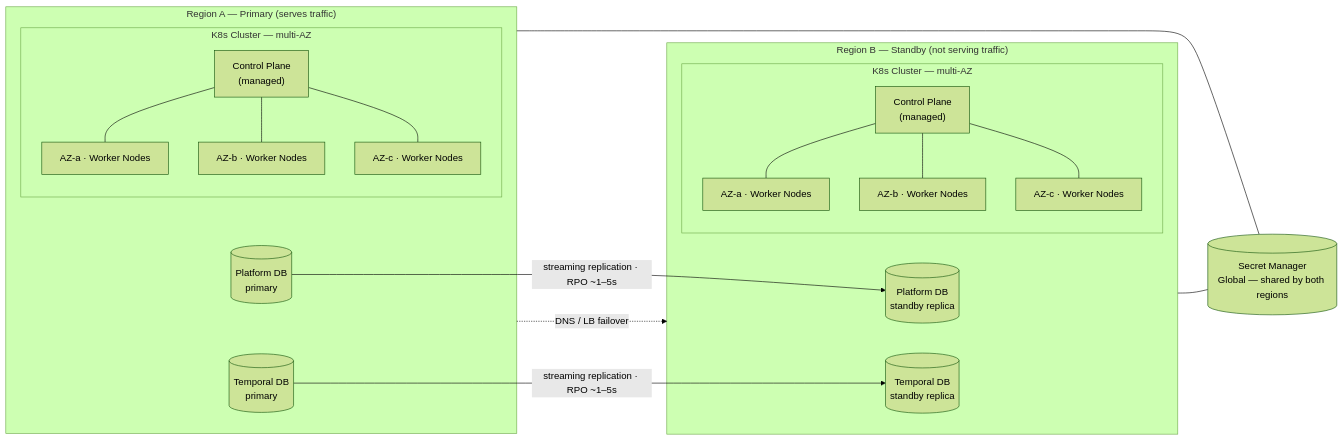
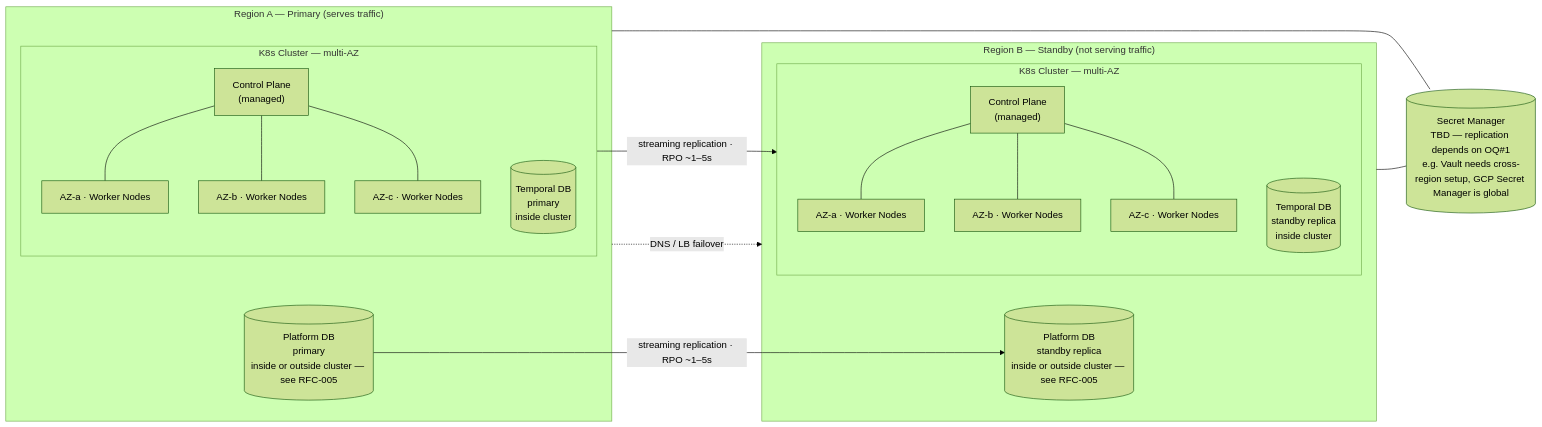
One commit to aripermana-putra/ucp-docs-collection changed the second of 8 diagrams in docs/projects/universal-control-plane-ucp/production-design/diagrams.md. Above: the diagram before and after it, drawn with Mermaid (forest theme).

Commit message:
docs(ucp): fix DB placement and Secret Manager assumptions in topology diagrams
- Temporal DB moved inside cluster boundary (always co-located with Temporal Server)
- Platform DB noted as inside or outside cluster depending on RFC-005 decision
- Secret Manager note updated to reflect replication depends on OQ#1 selection
  (Vault needs cross-region setup; GCP Secret Manager is global)

````diff
--- a/docs/projects/universal-control-plane-ucp/production-design/diagrams.md
+++ b/docs/projects/universal-control-plane-ucp/production-design/diagrams.md
@@ -70,40 +70,40 @@
 ```mermaid
 graph LR
     subgraph region_a["Region A — Primary (serves traffic)"]
         subgraph cluster_a["K8s Cluster — multi-AZ"]
             direction TB
             cp_a["Control Plane\n(managed)"]
             az_a1["AZ-a · Worker Nodes"]
             az_a2["AZ-b · Worker Nodes"]
             az_a3["AZ-c · Worker Nodes"]
+            tempdb_a[("Temporal DB\nprimary\ninside cluster")]
             cp_a --- az_a1
             cp_a --- az_a2
             cp_a --- az_a3
         end
-        platdb_a[("Platform DB\nprimary")]
-        tempdb_a[("Temporal DB\nprimary")]
+        platdb_a[("Platform DB\nprimary\ninside or outside cluster — see RFC-005")]
     end
 
     subgraph region_b["Region B — Standby (not serving traffic)"]
         subgraph cluster_b["K8s Cluster — multi-AZ"]
             direction TB
             cp_b["Control Plane\n(managed)"]
             az_b1["AZ-a · Worker Nodes"]
             az_b2["AZ-b · Worker Nodes"]
             az_b3["AZ-c · Worker Nodes"]
+            tempdb_b[("Temporal DB\nstandby replica\ninside cluster")]
             cp_b --- az_b1
             cp_b --- az_b2
             cp_b --- az_b3
         end
-        platdb_b[("Platform DB\nstandby replica")]
-        tempdb_b[("Temporal DB\nstandby replica")]
+        platdb_b[("Platform DB\nstandby replica\ninside or outside cluster — see RFC-005")]
     end
 
-    secrets[("Secret Manager\nGlobal — shared by both regions")]
+    secrets[("Secret Manager\nTBD — replication depends on OQ#1\ne.g. Vault needs cross-region setup, GCP Secret Manager is global")]
 
     platdb_a -->|"streaming replication · RPO ~1–5s"| platdb_b
     tempdb_a -->|"streaming replication · RPO ~1–5s"| tempdb_b
     region_a -. "DNS / LB failover" .-> region_b
     region_a --- secrets
     region_b --- secrets
 ```
````
